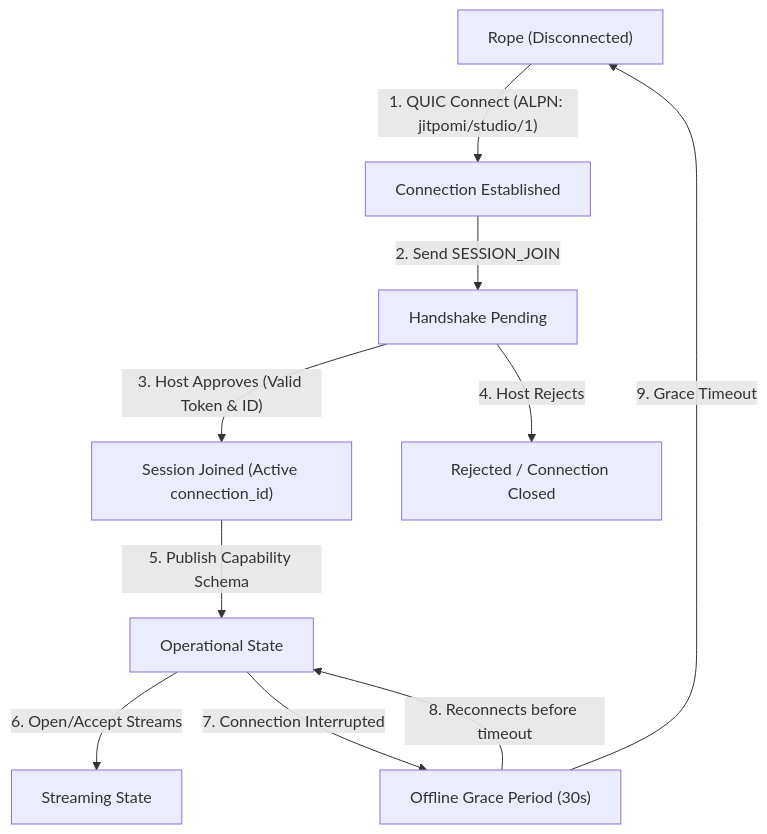
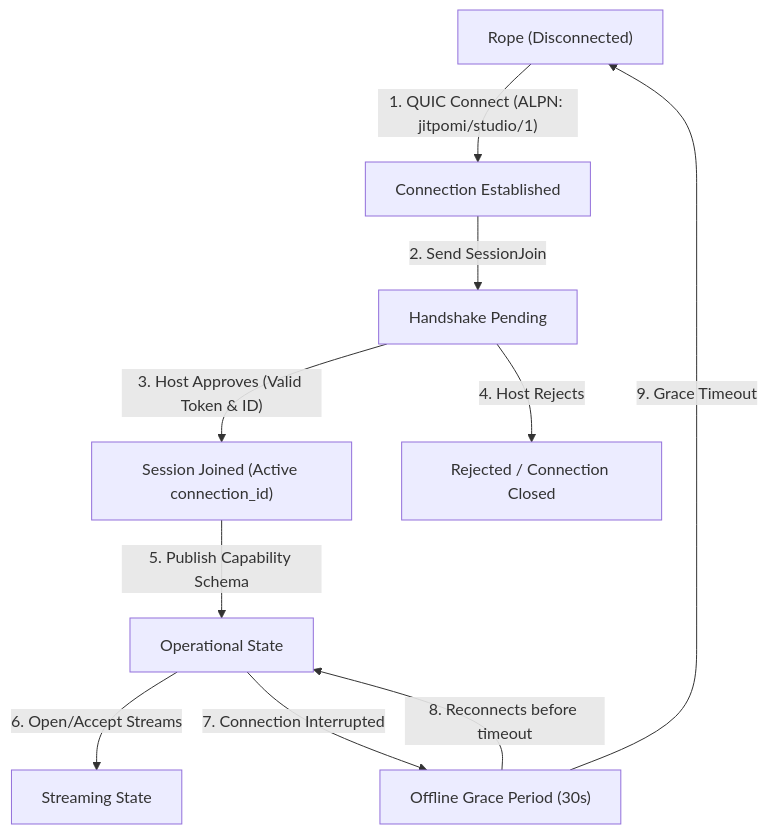
Before and after one commit to Jitpomi/knot-protocol: the diagram in docs/SPEC.md, drawn with Mermaid. The commit also changed other lines of this file and 1 other file, not shown here.

````diff
--- a/docs/SPEC.md
+++ b/docs/SPEC.md
@@ -60,12 +60,12 @@
 ```mermaid
 graph TD
     A["Rope (Disconnected)"] -->|"1. QUIC Connect (ALPN: jitpomi/studio/1)"| B["Connection Established"]
-    B -->|"2. Send SESSION_JOIN"| C["Handshake Pending"]
+    B -->|"2. Send SessionJoin"| C["Handshake Pending"]
     C -->|"3. Host Approves (Valid Token & ID)"| D["Session Joined (Active connection_id)"]
     C -->|"4. Host Rejects"| E["Rejected / Connection Closed"]
     D -->|"5. Publish Capability Schema"| F["Operational State"]
     F -->|"6. Open/Accept Streams"| G["Streaming State"]
     F -->|"7. Connection Interrupted"| H["Offline Grace Period (30s)"]
     H -->|"8. Reconnects before timeout"| F
     H -->|"9. Grace Timeout"| A
 ```
````
